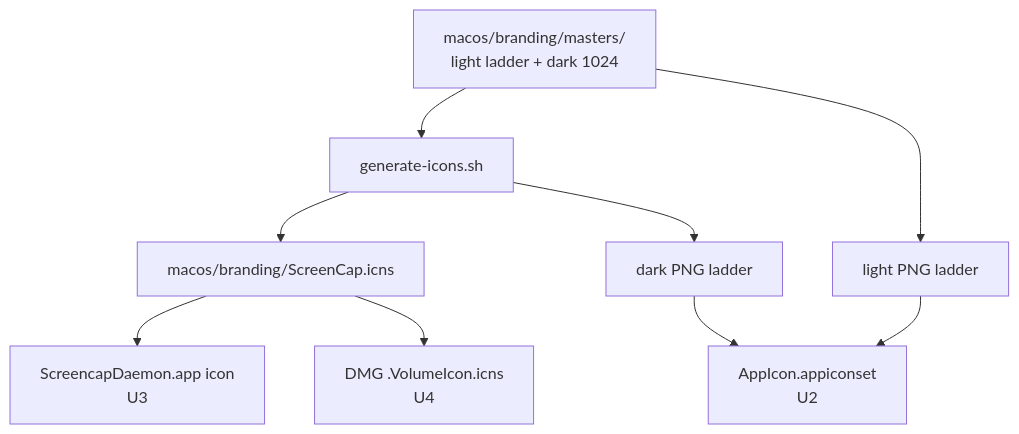
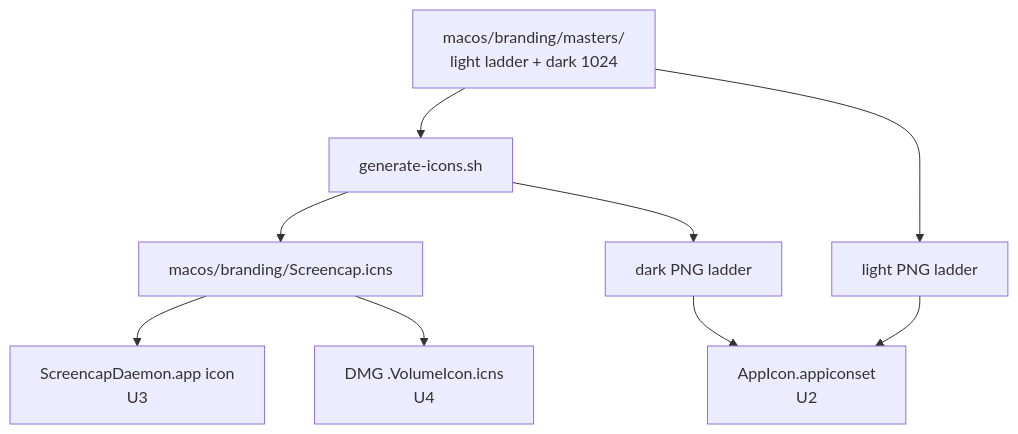
The diagram in docs/plans/2026-07-03-002-feat-app-icon-branding-plan.md (eeshsaxena/screencap), drawn with Mermaid before and after one commit. The commit also changed other lines of this file and 184 other files, not shown here.

First line of the commit message:
refactor(brand): rename ScreenCap → Screencap in docs, Python, and tests

````diff
--- a/docs/plans/2026-07-03-002-feat-app-icon-branding-plan.md
+++ b/docs/plans/2026-07-03-002-feat-app-icon-branding-plan.md
@@ -98,11 +98,11 @@
 ```mermaid
 flowchart TB
   M[macos/branding/masters/<br/>light ladder + dark 1024] --> G[generate-icons.sh]
-  G --> ICNS[macos/branding/ScreenCap.icns]
+  G --> ICNS[macos/branding/Screencap.icns]
   G --> DARK[dark PNG ladder]
   M --> LIGHT[light PNG ladder]
   LIGHT --> AC[AppIcon.appiconset<br/>U2]
   DARK --> AC
   ICNS --> DAEMON[ScreencapDaemon.app icon<br/>U3]
   ICNS --> DMG[DMG .VolumeIcon.icns<br/>U4]
 ```
````
